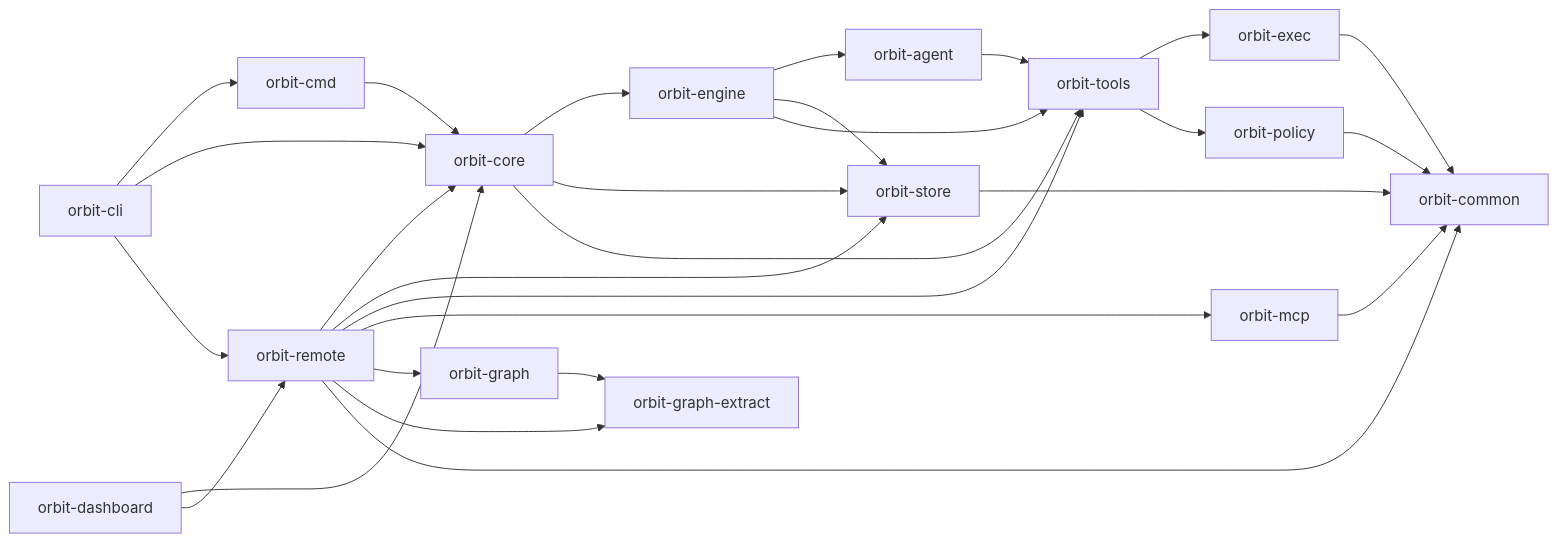
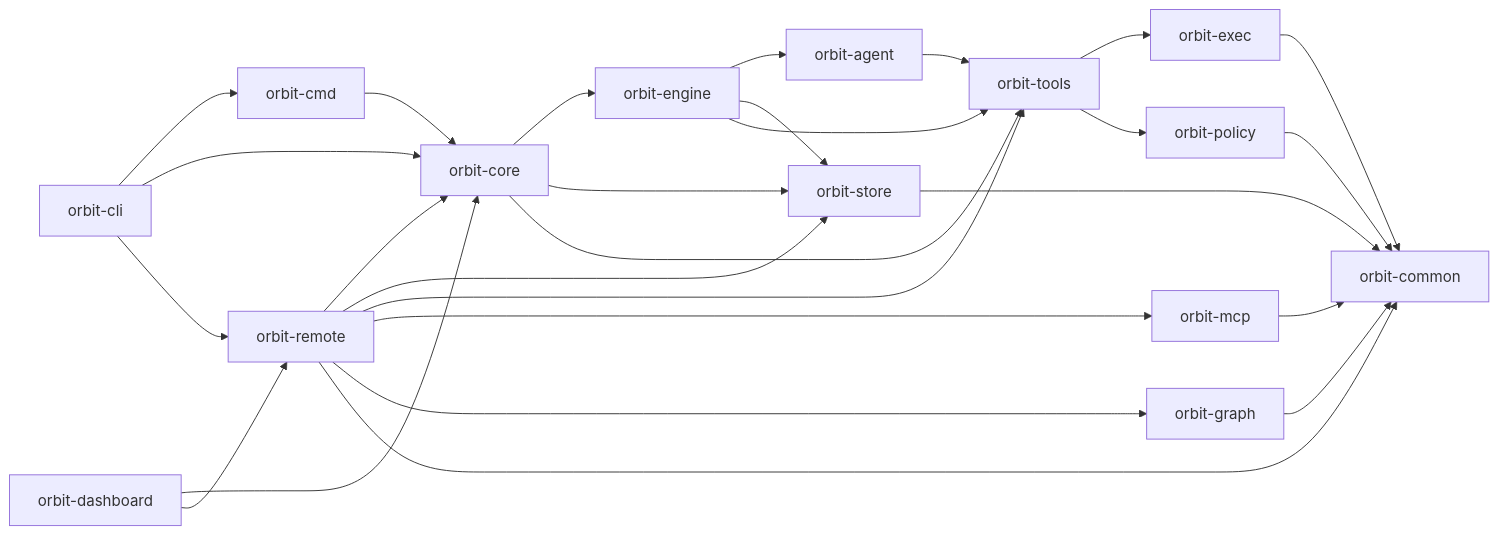
One commit to danieljhkim/orbit changed the diagram in website/src/content/docs/contributing/crate-layout.md. Above: the diagram before and after it, drawn with Mermaid. The commit also changed other lines of this file and 163 other files, not shown here.

First line of the commit message:
refactor: Consolidate the graph island into orbit-graph and remove the … [ORB-10357]

````diff
--- a/website/src/content/docs/contributing/crate-layout.md
+++ b/website/src/content/docs/contributing/crate-layout.md
@@ -33,30 +30,29 @@
 ```mermaid
 flowchart LR
   CLI["orbit-cli"] --> Cmd["orbit-cmd"]
   CLI --> Core["orbit-core"]
   CLI --> Remote["orbit-remote"]
   Dashboard["orbit-dashboard"] --> Core
   Dashboard --> Remote
   Cmd --> Core
   Core --> Engine["orbit-engine"]
   Core --> Store["orbit-store"]
   Core --> Tools["orbit-tools"]
   Engine --> Agent["orbit-agent"]
   Engine --> Store
   Engine --> Tools
   Agent --> Tools
   Tools --> Exec["orbit-exec"]
   Tools --> Policy["orbit-policy"]
   Remote --> Core
   Remote --> Store
   Remote --> Tools
   Remote --> MCP["orbit-mcp"]
   Remote --> Graph["orbit-graph"]
-  Remote --> Extract["orbit-graph-extract"]
   Remote --> Common["orbit-common"]
-  Graph --> Extract["orbit-graph-extract"]
+  Graph --> Common
   MCP --> Common["orbit-common"]
   Store --> Common
   Exec --> Common
   Policy --> Common
 ```
````
